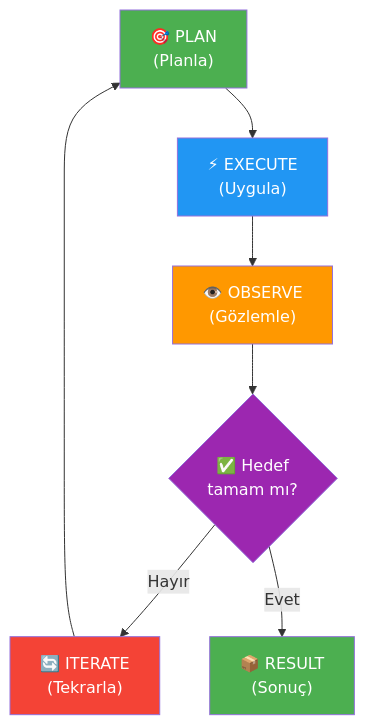
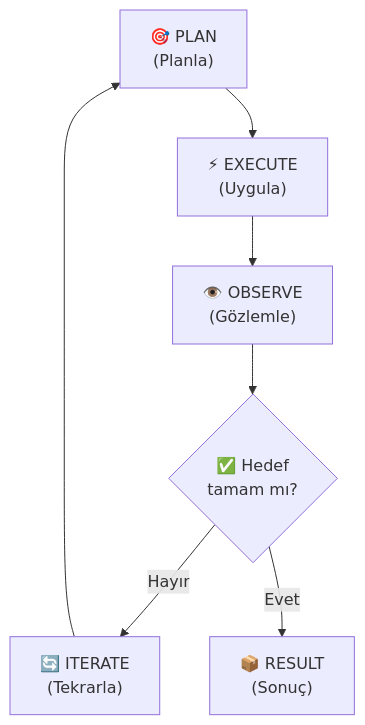
Before and after one commit to IzzetYasinAtes/ClaudeCodeHandbook: the fourth of 9 diagrams in 04-ai-destekli-gelistirme/02-ai-agent-ve-agentic-workflow.md, drawn with Mermaid. The commit also changed other lines of this file and 97 other files, not shown here.

Commit message:
Remove all custom Mermaid style/fill colors from 98 markdown files for consistent dark theme rendering

````diff
--- a/04-ai-destekli-gelistirme/02-ai-agent-ve-agentic-workflow.md
+++ b/04-ai-destekli-gelistirme/02-ai-agent-ve-agentic-workflow.md
@@ -183,16 +181,10 @@
 ```mermaid
 flowchart TD
     A["🎯 PLAN<br/>(Planla)"] --> B["⚡ EXECUTE<br/>(Uygula)"]
     B --> C["👁️ OBSERVE<br/>(Gözlemle)"]
     C --> D{"✅ Hedef<br/>tamam mı?"}
     D -->|"Hayır"| E["🔄 ITERATE<br/>(Tekrarla)"]
     E --> A
     D -->|"Evet"| F["📦 RESULT<br/>(Sonuç)"]
 
-    style A fill:#4CAF50,color:#fff
-    style B fill:#2196F3,color:#fff
-    style C fill:#FF9800,color:#fff
-    style D fill:#9C27B0,color:#fff
-    style E fill:#F44336,color:#fff
-    style F fill:#4CAF50,color:#fff
 ```
````
